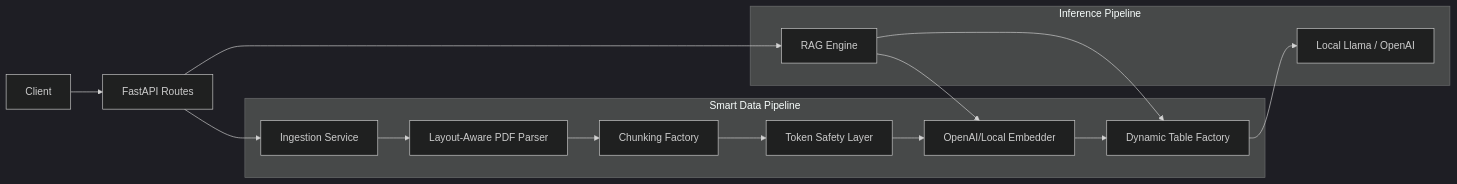
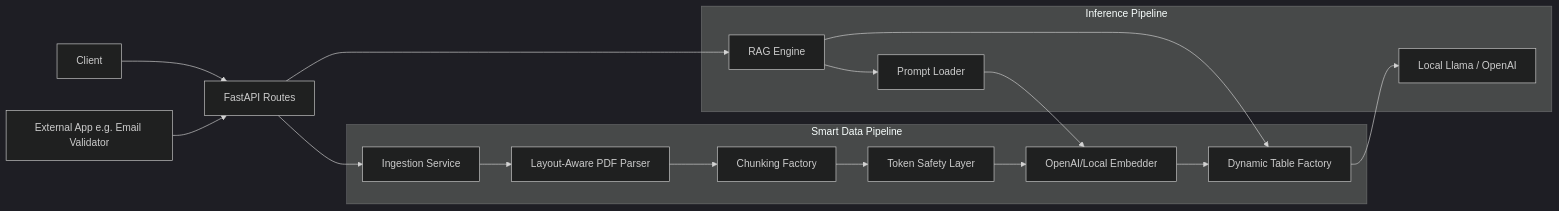
One commit to kamalpandiv/refactored-couscous changed the diagram in README.md. Above: the diagram before and after it, drawn with Mermaid (dark theme). The commit also changed other lines of this file, not shown here.

````diff
--- a/README.md
+++ b/README.md
@@ -23,21 +25,22 @@
 ```mermaid
 graph LR
     User[Client] --> API[FastAPI Routes]
+    ExternalApp[External App e.g. Email Validator] --> API
     API --> Ingest[Ingestion Service]
     API --> Engine[RAG Engine]
 
     subgraph "Smart Data Pipeline"
     Ingest --> Parser[Layout-Aware PDF Parser]
     Parser --> ChunkerFactory[Chunking Factory]
     ChunkerFactory --> Safety[Token Safety Layer]
     Safety --> Embedder[OpenAI/Local Embedder]
     Embedder --> DynDB[Dynamic Table Factory]
     end
 
     subgraph "Inference Pipeline"
-    Engine --> Embedder
+    Engine --> PromptLoader[Prompt Loader]
+    PromptLoader --> Embedder
     Engine --> DynDB
     DynDB --> LLM[Local Llama / OpenAI]
     end
-
 ```
````
